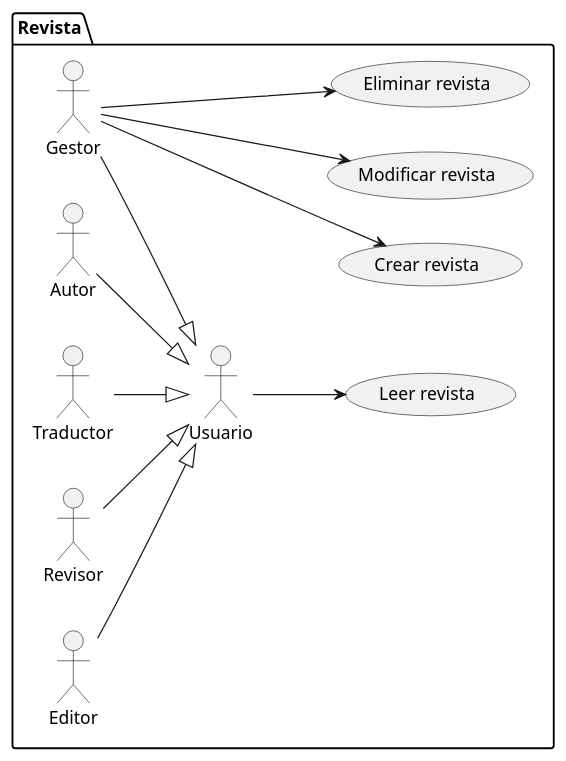
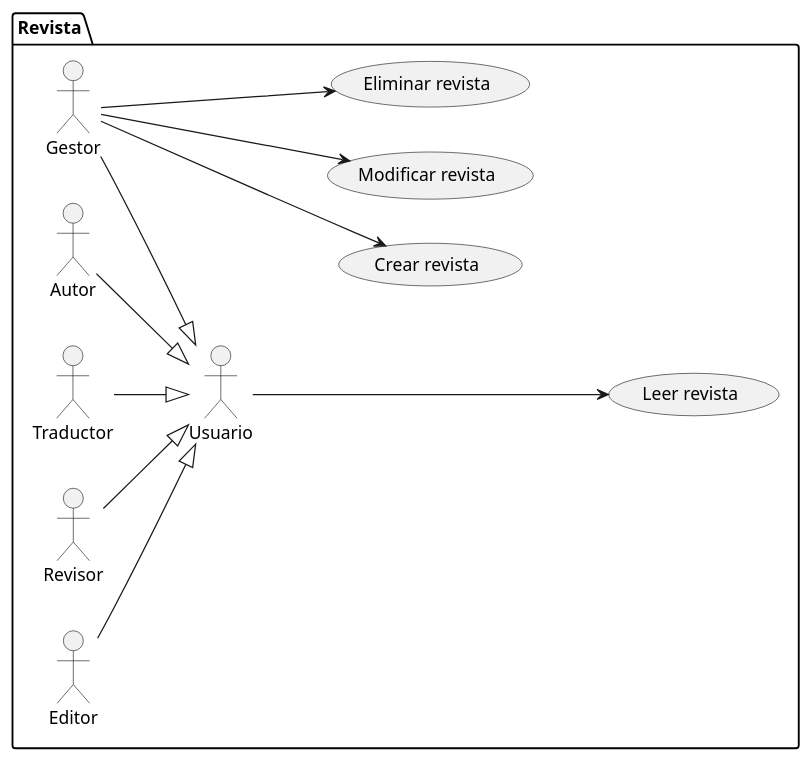
Before and after one commit to mmasias/IdSw1-22-23: the diagram in 000-entregas/Grupo4/ProyectoEditorial/CasosDeUso/EncontrarCasosDeUso/revista.puml, drawn with PlantUML. The commit also changed 2 other files, not shown here.

```diff
--- a/000-entregas/Grupo4/ProyectoEditorial/CasosDeUso/EncontrarCasosDeUso/revista.puml
+++ b/000-entregas/Grupo4/ProyectoEditorial/CasosDeUso/EncontrarCasosDeUso/revista.puml
@@ -1,29 +1,29 @@
 @startuml Casos de uso Revista
 
 left to right direction
 package Revista{
     actor Gestor as gs
     actor Autor as au
     actor Traductor as tr
     actor Revisor as rv
     actor Editor as ed
     actor Usuario as us
 
     usecase "Crear revista" as create
     usecase "Leer revista" as read
     usecase "Modificar revista" as update
     usecase "Eliminar revista" as delete
 }
 
 gs --|> us
 au --|> us
 tr --|> us
 rv --|> us
 ed --|> us
 
-us --> read
+us ---> read
 gs ---> create
 gs ---> update
 gs ---> delete
 
 @enduml
```
